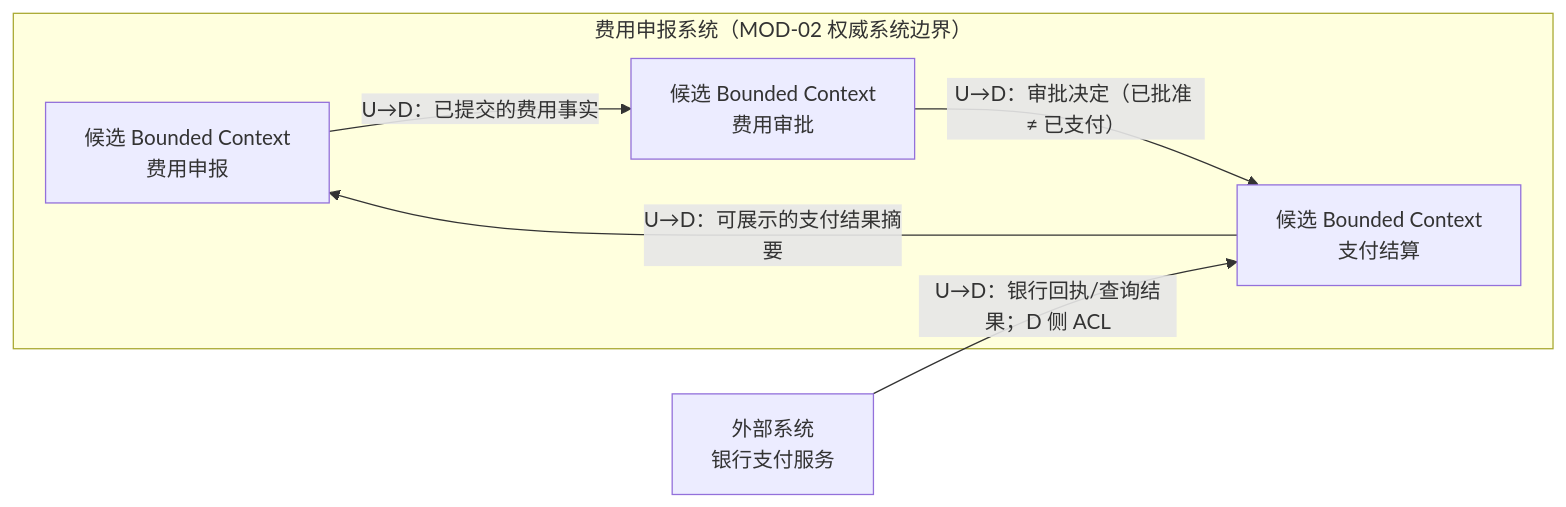
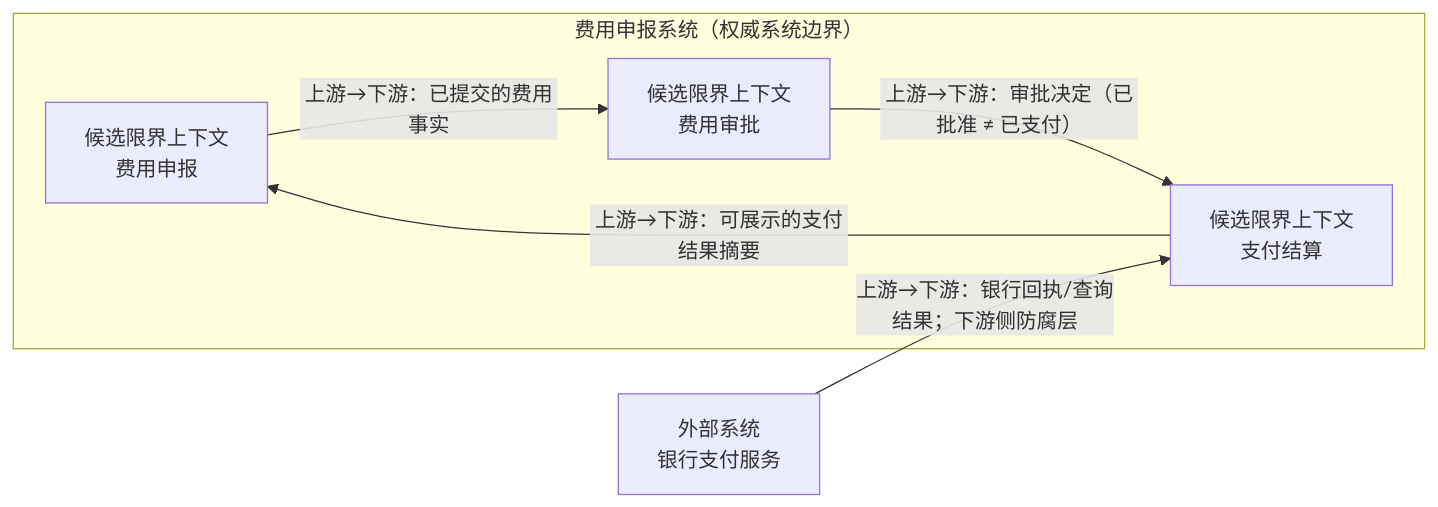
One commit to sealday/tego-arch changed the diagram in content/modeling/mod-11-ddd-context-map.mdx. Above: the diagram before and after it, drawn with Mermaid. The commit also changed other lines of this file and 68 other files, not shown here.

Commit message:
refactor(content): standardize architecture terminology

````diff
--- a/content/modeling/mod-11-ddd-context-map.mdx
+++ b/content/modeling/mod-11-ddd-context-map.mdx
@@ -103,13 +114,13 @@
 ```mermaid
 flowchart LR
-  subgraph expense_system["费用申报系统（MOD-02 权威系统边界）"]
-    claim_context["候选 Bounded Context<br/>费用申报"]
-    approval_context["候选 Bounded Context<br/>费用审批"]
-    payment_context["候选 Bounded Context<br/>支付结算"]
+  subgraph expense_system["费用申报系统（权威系统边界）"]
+    claim_context["候选限界上下文<br/>费用申报"]
+    approval_context["候选限界上下文<br/>费用审批"]
+    payment_context["候选限界上下文<br/>支付结算"]
   end
   bank_system["外部系统<br/>银行支付服务"]
-  claim_context -->|"U→D：已提交的费用事实"| approval_context
-  approval_context -->|"U→D：审批决定（已批准 ≠ 已支付）"| payment_context
-  bank_system -->|"U→D：银行回执/查询结果；D 侧 ACL"| payment_context
-  payment_context -->|"U→D：可展示的支付结果摘要"| claim_context
+  claim_context -->|"上游→下游：已提交的费用事实"| approval_context
+  approval_context -->|"上游→下游：审批决定（已批准 ≠ 已支付）"| payment_context
+  bank_system -->|"上游→下游：银行回执/查询结果；下游侧防腐层"| payment_context
+  payment_context -->|"上游→下游：可展示的支付结果摘要"| claim_context
 ```
````
